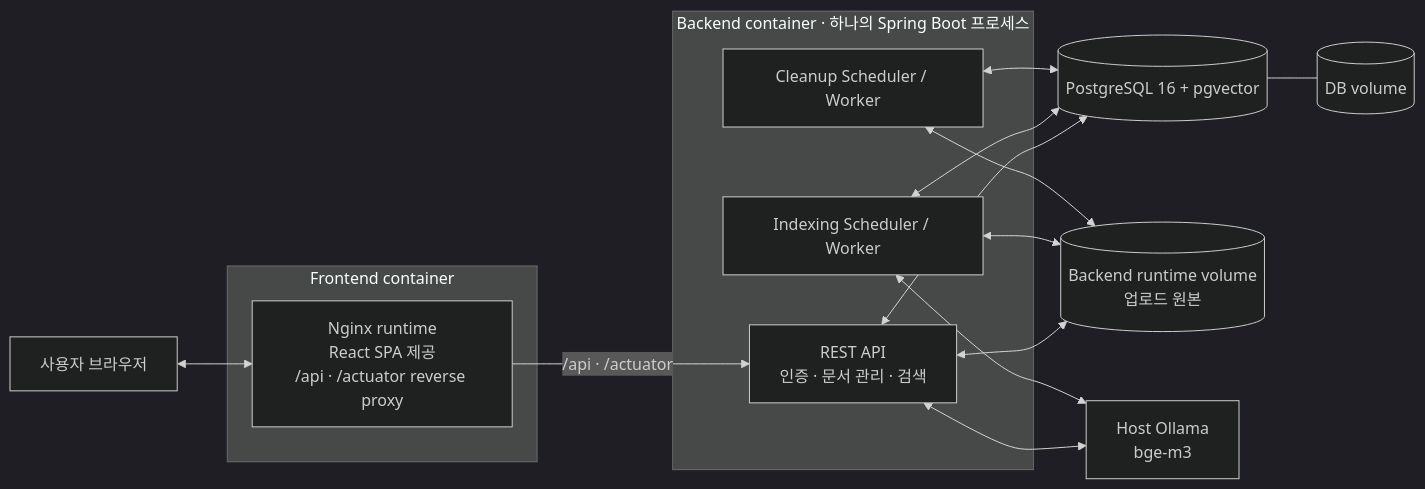
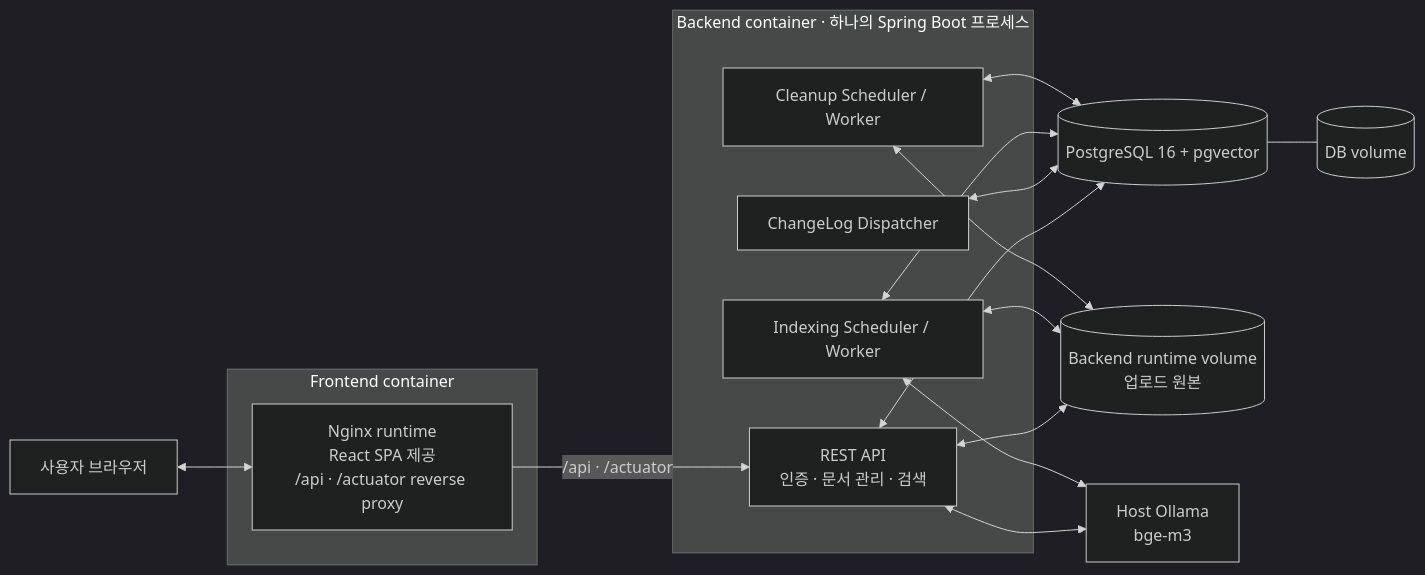
One commit to jaemin-devlog/PRIZM changed the second of 7 diagrams in docs/architecture.md. Above: the diagram before and after it, drawn with Mermaid (dark theme). The commit also changed other lines of this file and 6 other files, not shown here.

````diff
--- a/docs/architecture.md
+++ b/docs/architecture.md
@@ -82,31 +91,33 @@
 ```mermaid
 flowchart LR
     U["사용자 브라우저"]
 
     subgraph FE["Frontend container"]
         N["Nginx runtime<br/>React SPA 제공<br/>/api · /actuator reverse proxy"]
     end
 
     subgraph BE["Backend container · 하나의 Spring Boot 프로세스"]
         API["REST API<br/>인증 · 문서 관리 · 검색"]
+        CD["ChangeLog Dispatcher"]
         IW["Indexing Scheduler / Worker"]
         CW["Cleanup Scheduler / Worker"]
     end
 
     DB[("PostgreSQL 16 + pgvector")]
     DV[("DB volume")]
     FS[("Backend runtime volume<br/>업로드 원본")]
     O["Host Ollama<br/>bge-m3"]
 
     U <--> N
     N -->|"/api · /actuator"| API
     API <--> DB
     API <--> FS
     API <--> O
+    CD <--> DB
     IW <--> DB
     IW <--> FS
     IW <--> O
     CW <--> DB
     CW <--> FS
     DB --- DV
 ```
````
